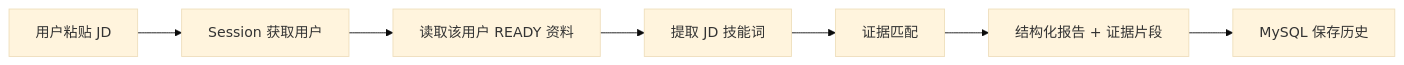
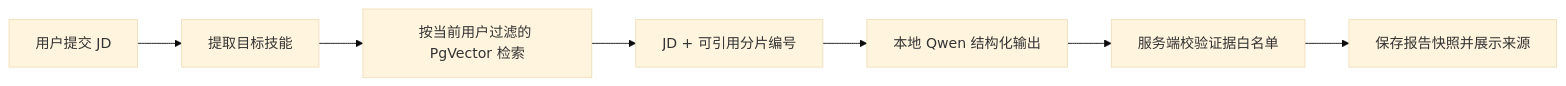
One commit to LCL-001/my-ai-agent changed the diagram in doc/10-gap-analysis.md. Above: the diagram before and after it, drawn with Mermaid (base theme). The commit also changed other lines of this file and 7 other files, not shown here.

````diff
--- a/doc/10-gap-analysis.md
+++ b/doc/10-gap-analysis.md
@@ -7,9 +7,9 @@
 ```mermaid
 flowchart LR
-  A[用户粘贴 JD] --> B[Session 获取用户]
-  B --> C[读取该用户 READY 资料]
-  C --> D[提取 JD 技能词]
-  D --> E[证据匹配]
-  E --> F[结构化报告 + 证据片段]
-  F --> G[MySQL 保存历史]
+  JD[用户提交 JD] --> Skills[提取目标技能]
+  Skills --> Search[按当前用户过滤的 PgVector 检索]
+  Search --> Prompt[JD + 可引用分片编号]
+  Prompt --> LLM[本地 Qwen 结构化输出]
+  LLM --> Validate[服务端校验证据白名单]
+  Validate --> Report[保存报告快照并展示来源]
 ```
````
